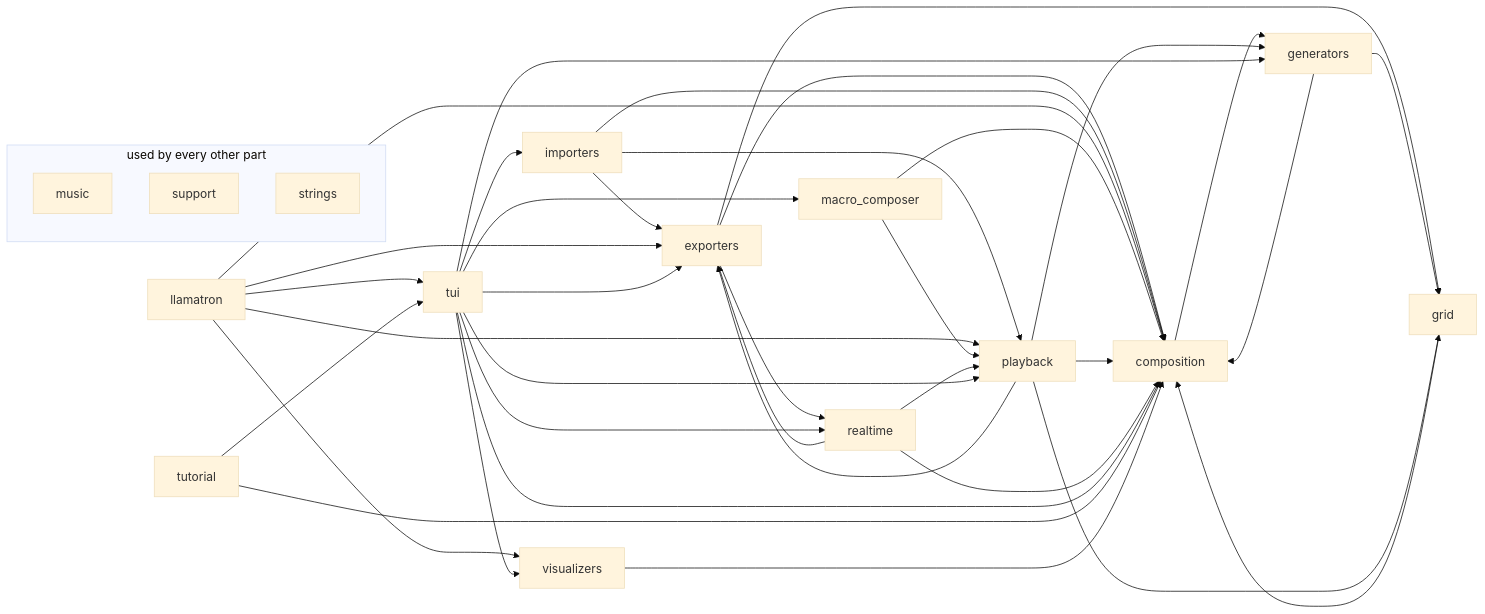
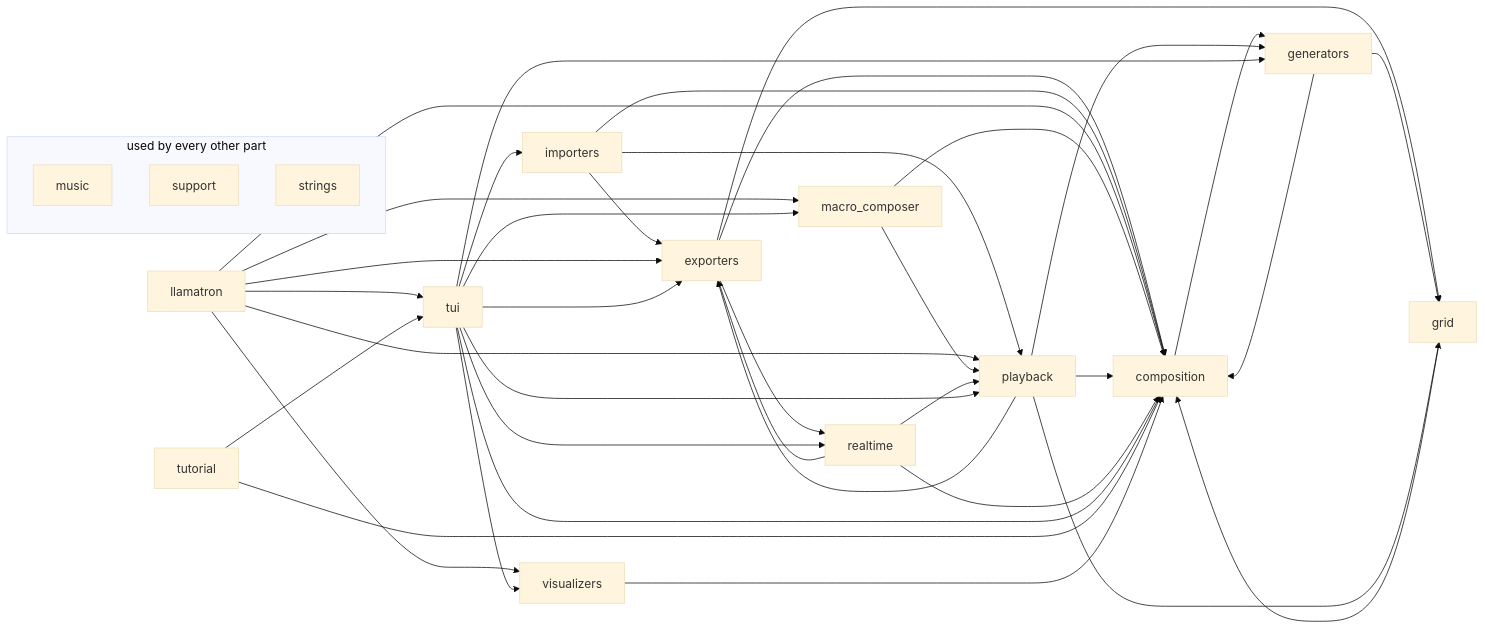
One commit to mpdehaan/llamatron changed the second of 2 diagrams in docs/ARCHITECTURE.md. Above: the diagram before and after it, drawn with Mermaid (base theme). The commit also changed 20 other files, not shown here.

````diff
--- a/docs/ARCHITECTURE.md
+++ b/docs/ARCHITECTURE.md
@@ -121,55 +121,56 @@
 ```mermaid
 flowchart LR
     tui["tui"]
     llamatron["llamatron"]
     composition["composition"]
     playback["playback"]
     generators["generators"]
     grid["grid"]
     exporters["exporters"]
     importers["importers"]
     macro_composer["macro_composer"]
     realtime["realtime"]
     tutorial["tutorial"]
     visualizers["visualizers"]
     subgraph everywhere ["used by every other part"]
     music["music"]
     support["support"]
     strings["strings"]
     end
     composition --> generators
     exporters --> composition
     exporters --> grid
     exporters --> realtime
     generators --> composition
     generators --> grid
     grid --> composition
     importers --> composition
     importers --> exporters
     importers --> playback
     llamatron --> composition
     llamatron --> exporters
+    llamatron --> macro_composer
     llamatron --> playback
     llamatron --> tui
     llamatron --> visualizers
     macro_composer --> composition
     macro_composer --> playback
     playback --> composition
     playback --> exporters
     playback --> generators
     playback --> grid
     realtime --> composition
     realtime --> exporters
     realtime --> playback
     tui --> composition
     tui --> exporters
     tui --> generators
     tui --> importers
     tui --> macro_composer
     tui --> playback
     tui --> realtime
     tui --> visualizers
     tutorial --> composition
     tutorial --> tui
     visualizers --> composition
 ```
````
